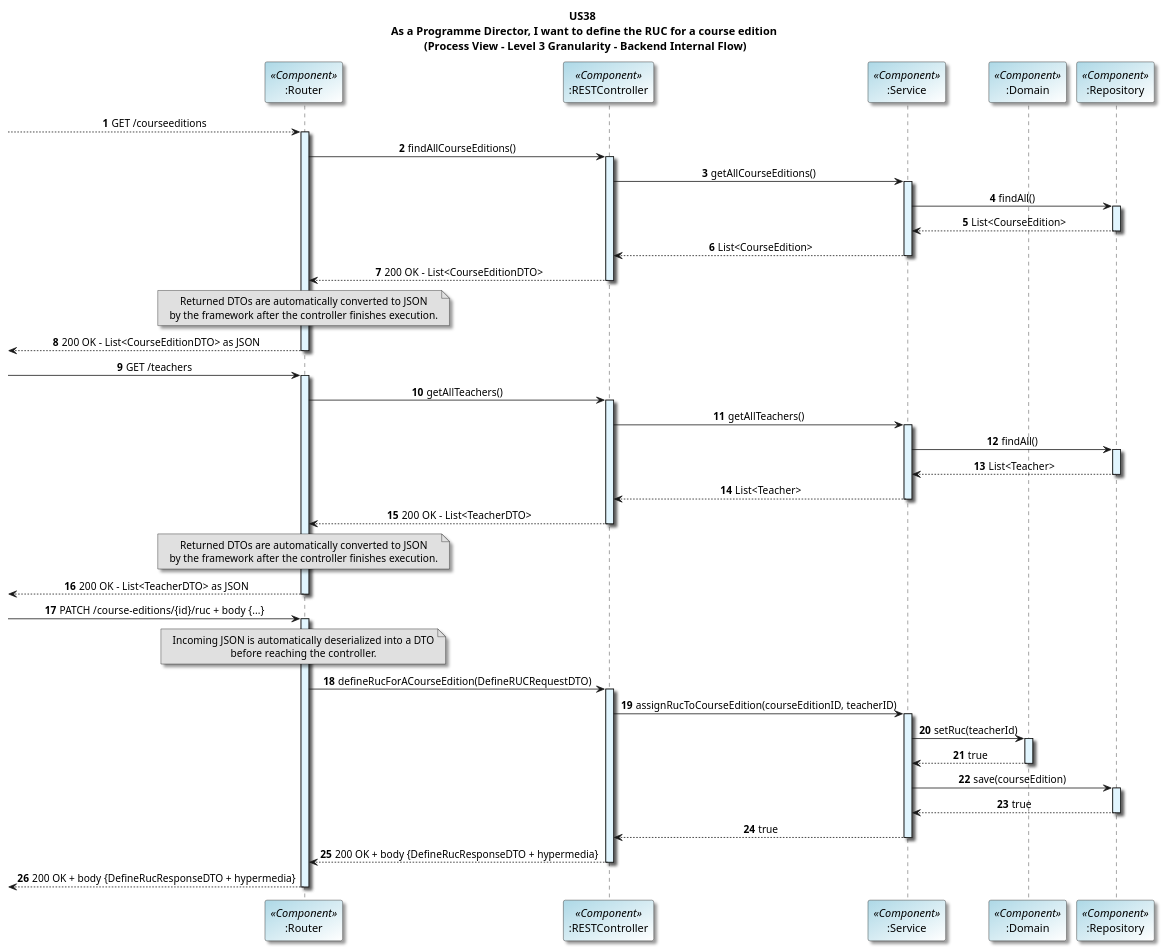
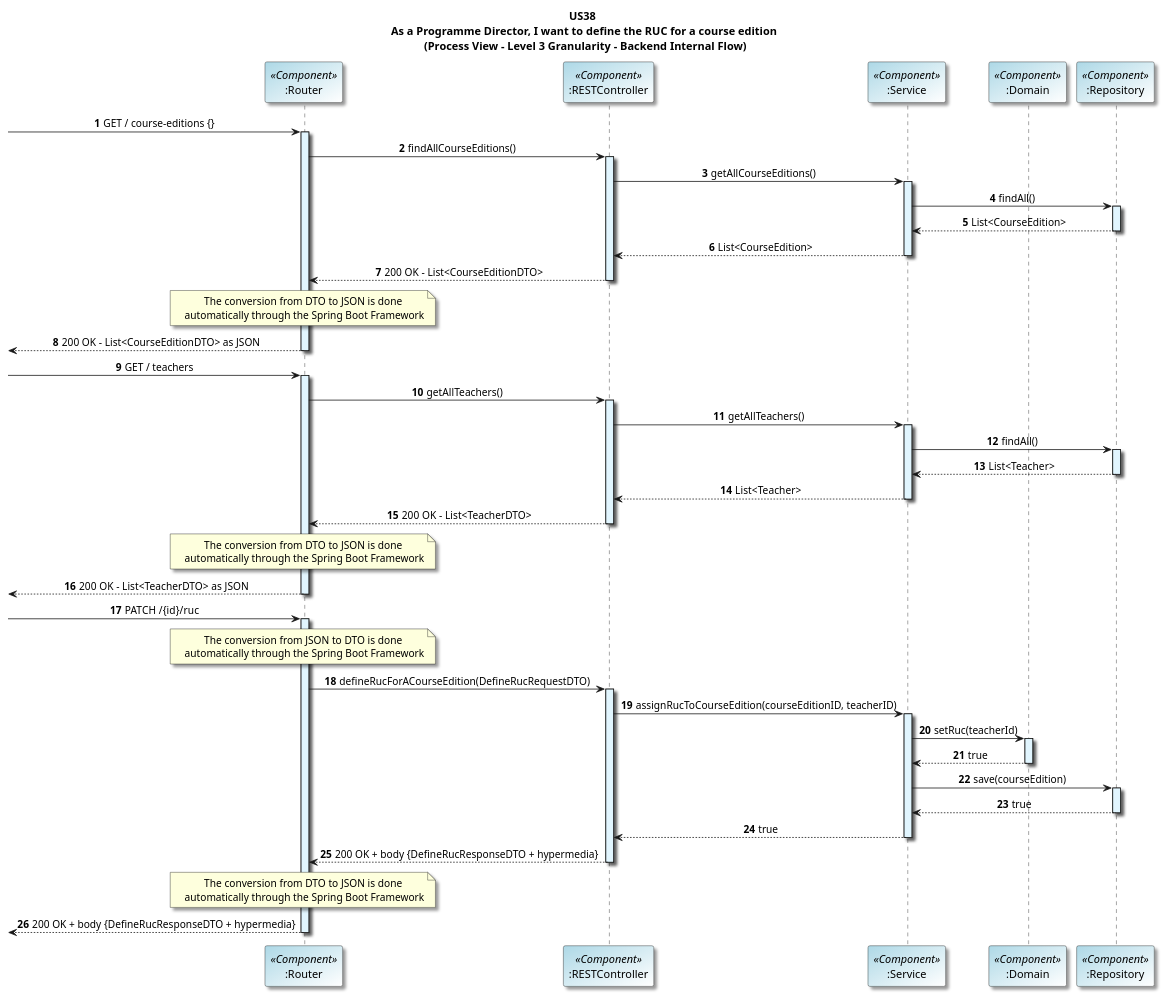
Before and after one commit to GasparISEP/DevOps-PAI: the diagram in docs/US38/sprint7_RestAPI/processView/DefineRUCForACourseEdition_Level3Granularity.puml, drawn with PlantUML. The commit also changed other lines of this file, not shown here.

Commit message:
feat(DefineRUCForACourseEdition): refine process view lvl3 diagram with updated participant names and improved notes  (#788 #786)

```diff
--- a/docs/US38/sprint7_RestAPI/processView/DefineRUCForACourseEdition_Level3Granularity.puml
+++ b/docs/US38/sprint7_RestAPI/processView/DefineRUCForACourseEdition_Level3Granularity.puml
@@ -1,103 +2,100 @@
 @startuml
 title US38 \n As a Programme Director, I want to define the RUC for a course edition \n (Process View - Level 3 Granularity - Backend Internal Flow)
 
-skinparam titleFontName "Verdana"
-skinparam defaultFontName "Verdana"
 skinparam defaultTextAlignment center
 skinparam shadowing true
 skinparam actorBackgroundColor #lightblue
 skinparam participantBackgroundColor #lightblue/white
 autonumber
 
-participant ":Router" as Router <<Component>>
-participant ":RESTController" as Controller <<Component>>
-participant ":Service" as Service <<Component>>
-participant ":Domain" as Domain <<Component>>
-participant ":Repository" as Repository <<Component>>
+participant ":Router" as router <<Component>>
+participant ":RESTController" as controller <<Component>>
+participant ":Service" as service <<Component>>
+participant ":Domain" as domain <<Component>>
+participant ":Repository" as repository <<Component>>
 
+-> router: GET / course-editions {}
+activate router  #E1F5FE
+router -> controller: findAllCourseEditions()
+activate controller  #E1F5FE
 
+controller -> service: getAllCourseEditions()
+activate service  #E1F5FE
 
+service -> repository: findAll()
+activate repository  #E1F5FE
 
---> Router: GET /courseeditions
-activate Router  #E1F5FE
-Router -> Controller: findAllCourseEditions()
-activate Controller  #E1F5FE
+repository --> service: List<CourseEdition>
+deactivate repository
 
-Controller -> Service: getAllCourseEditions()
-activate Service  #E1F5FE
+service --> controller: List<CourseEdition>
+deactivate service
 
-Service -> Repository: findAll()
-activate Repository  #E1F5FE
+controller --> router: 200 OK – List<CourseEditionDTO>
+deactivate controller
 
-Repository --> Service: List<CourseEdition>
-deactivate Repository
-Service --> Controller: List<CourseEdition>
-deactivate Service
-Controller --> Router: 200 OK – List<CourseEditionDTO>
-deactivate Controller
-note over Router #E0E0E0
-  Returned DTOs are automatically converted to JSON
-  by the framework after the controller finishes execution.
-end note
-<-- Router: 200 OK - List<CourseEditionDTO> as JSON
-deactivate Router
--> Router: GET /teachers
+note over router: The conversion from DTO to JSON is done\n automatically through the Spring Boot Framework
 
+<-- router: 200 OK - List<CourseEditionDTO> as JSON
+deactivate router
+-> router: GET / teachers
 
-activate Router #E1F5FE
+activate router #E1F5FE
 
-Router -> Controller: getAllTeachers()
-activate Controller  #E1F5FE
+router -> controller: getAllTeachers()
+activate controller  #E1F5FE
 
-Controller -> Service: getAllTeachers()
-activate Service  #E1F5FE
+controller -> service: getAllTeachers()
+activate service  #E1F5FE
 
-Service -> Repository: findAll()
-activate Repository  #E1F5FE
+service -> repository: findAll()
+activate repository  #E1F5FE
 
+repository --> service: List<Teacher>
+deactivate repository
 
-Repository --> Service: List<Teacher>
-deactivate Repository
-Service --> Controller: List<Teacher>
-deactivate Service
-Controller --> Router: 200 OK – List<TeacherDTO>
-deactivate Controller
-note over Router #E0E0E0
-  Returned DTOs are automatically converted to JSON
-  by the framework after the controller finishes execution.
-end note
-<-- Router: 200 OK – List<TeacherDTO> as JSON
-deactivate Router
+service --> controller: List<Teacher>
+deactivate service
 
+controller --> router: 200 OK – List<TeacherDTO>
+deactivate controller
 
+note over router: The conversion from DTO to JSON is done\n automatically through the Spring Boot Framework
 
--> Router: PATCH /course-editions/{id}/ruc + body {...}
-activate Router #E1F5FE
+<-- router: 200 OK – List<TeacherDTO> as JSON
+deactivate router
 
-note over Router #E0E0E0
-  Incoming JSON is automatically deserialized into a DTO
-  before reaching the controller.
-end note
+-> router: PATCH /{id}/ruc
+activate router #E1F5FE
 
-Router -> Controller: defineRucForACourseEdition(DefineRUCRequestDTO)
-activate Controller  #E1F5FE
+note over router: The conversion from JSON to DTO is done\n automatically through the Spring Boot Framework
 
-Controller -> Service: assignRucToCourseEdition(courseEditionID, teacherID)
-activate Service  #E1F5FE
+router -> controller: defineRucForACourseEdition(DefineRucRequestDTO)
+activate controller  #E1F5FE
 
-Service -> Domain: setRuc(teacherId)
-activate Domain  #E1F5FE
-Domain --> Service: true
-deactivate Domain
+controller -> service: assignRucToCourseEdition(courseEditionID, teacherID)
+activate service  #E1F5FE
 
-Service -> Repository: save(courseEdition)
-activate Repository  #E1F5FE
-Repository --> Service: true
-deactivate Repository
-Service --> Controller: true
-deactivate Service
-Controller --> Router:  200 OK + body {DefineRucResponseDTO + hypermedia}
-deactivate Controller
-<-- Router: 200 OK + body {DefineRucResponseDTO + hypermedia}
-deactivate Router
+service -> domain: setRuc(teacherId)
+activate domain  #E1F5FE
+
+domain --> service: true
+deactivate domain
+
+service -> repository: save(courseEdition)
+activate repository  #E1F5FE
+
+repository --> service: true
+deactivate repository
+
+service --> controller: true
+deactivate service
+
+controller --> router:  200 OK + body {DefineRucResponseDTO + hypermedia}
+deactivate controller
+
+note over router: The conversion from DTO to JSON is done\n automatically through the Spring Boot Framework
+
+<-- router: 200 OK + body {DefineRucResponseDTO + hypermedia}
+deactivate router
 @enduml
```
